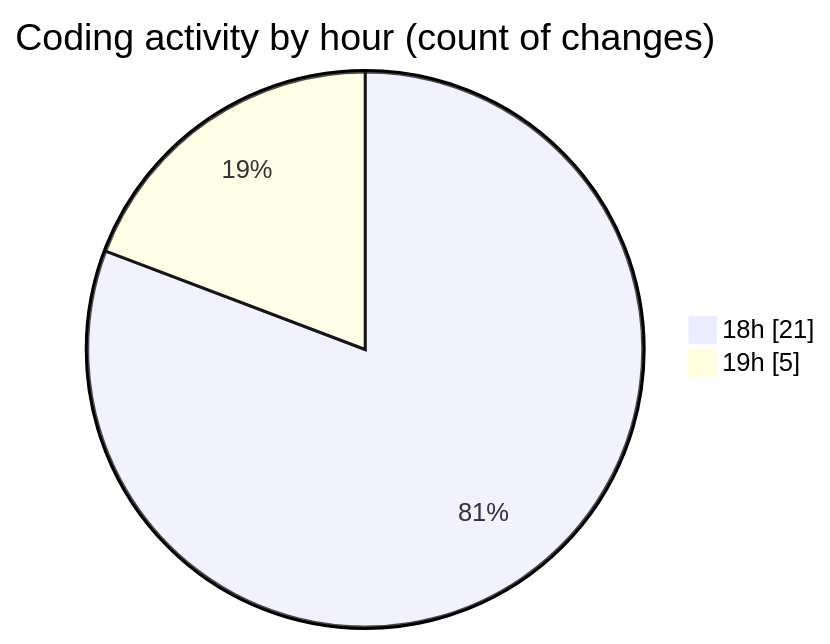
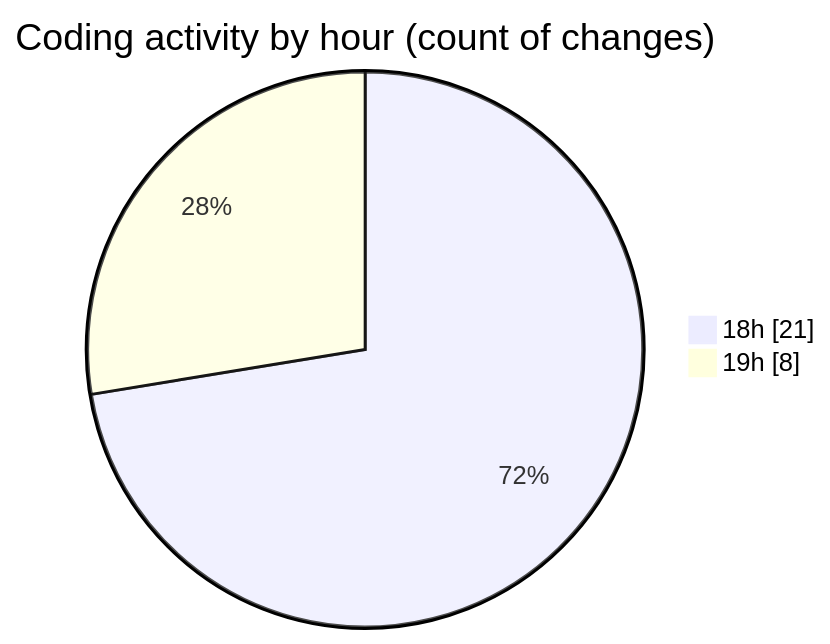
The second of 2 diagrams in 2025-03-13/back-end/README.md (Netris89/code-tracking), drawn with Mermaid before and after one commit. The commit also changed other lines of this file and 1 other file, not shown here.

````diff
--- a/2025-03-13/back-end/README.md
+++ b/2025-03-13/back-end/README.md
@@ -34,6 +34,6 @@
 ```mermaid
 pie showData
 title Coding activity by hour (count of changes)
 "18h" : 21
-"19h" : 5
+"19h" : 8
 ```
````
